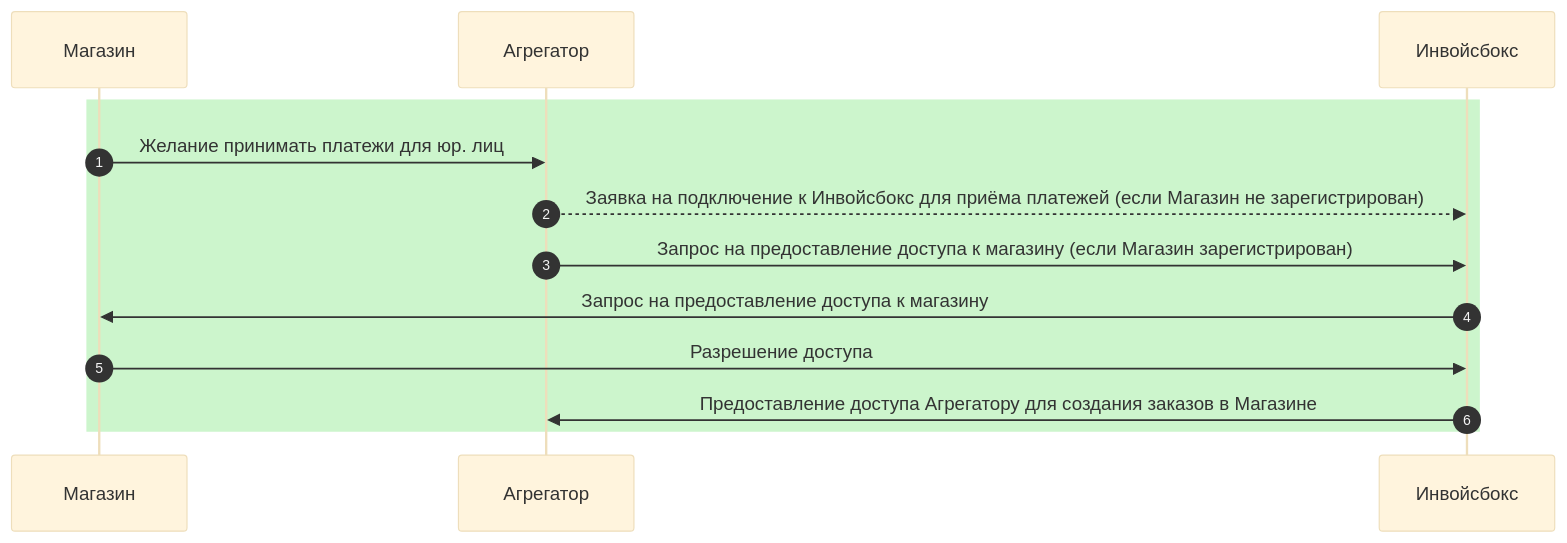
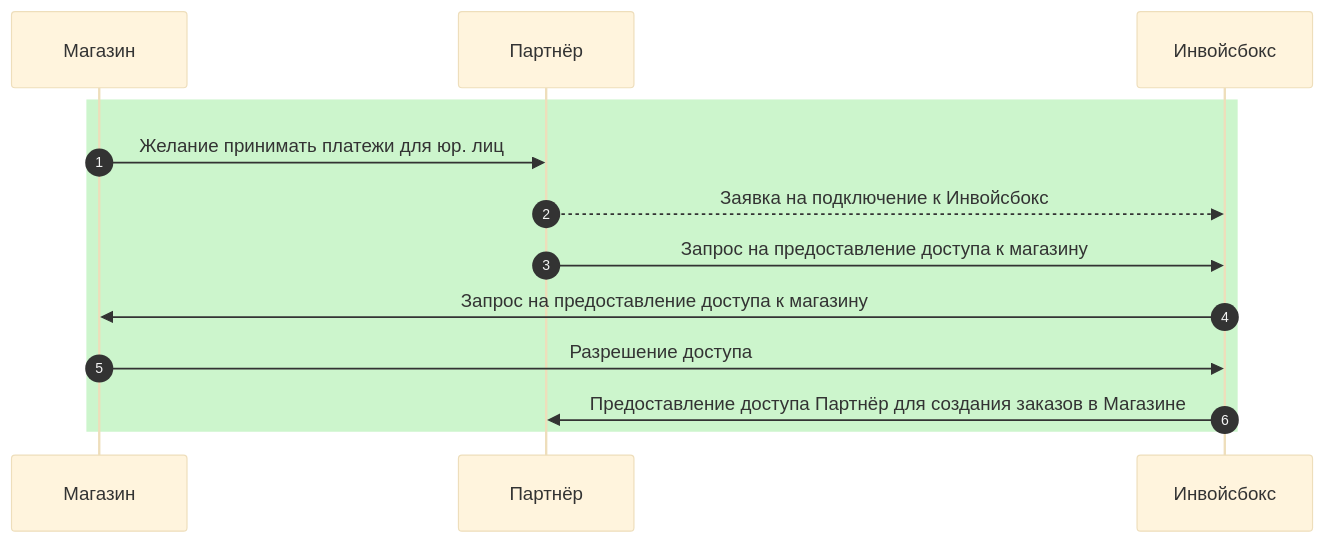
Before and after one commit to YIGRIKY/invoicebox-docs: the diagram in docs/partner/payment-service-provider.md, drawn with Mermaid (base theme). The commit also changed other lines of this file, not shown here.

```diff
--- a/docs/partner/payment-service-provider.md
+++ b/docs/partner/payment-service-provider.md
@@ -19,15 +20,15 @@
 <div class="mermaid">
 sequenceDiagram
     autonumber
     participant Магазин
-    participant Агрегатор
+    participant Партнёр
     participant Инвойсбокс
     rect rgb(204, 245, 204)
-        Магазин->>Агрегатор: Желание принимать платежи для юр. лиц
-        Агрегатор-->>Инвойсбокс: Заявка на подключение к Инвойсбокс для приёма платежей (если Магазин не зарегистрирован)
-        Агрегатор->>Инвойсбокс: Запрос на предоставление доступа к магазину (если Магазин зарегистрирован)
+        Магазин->>Партнёр: Желание принимать платежи для юр. лиц
+        Партнёр-->>Инвойсбокс: Заявка на подключение к Инвойсбокс
+        Партнёр->>Инвойсбокс: Запрос на предоставление доступа к магазину
         Инвойсбокс->>Магазин: Запрос на предоставление доступа к магазину
         Магазин->>Инвойсбокс: Разрешение доступа
-        Инвойсбокс->>Агрегатор: Предоставление доступа Агрегатору для создания заказов в Магазине
+        Инвойсбокс->>Партнёр: Предоставление доступа Партнёр для создания заказов в Магазине
     end
 </div>
```
